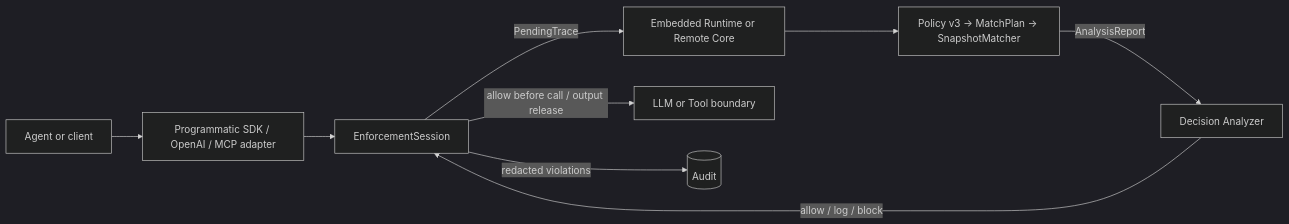
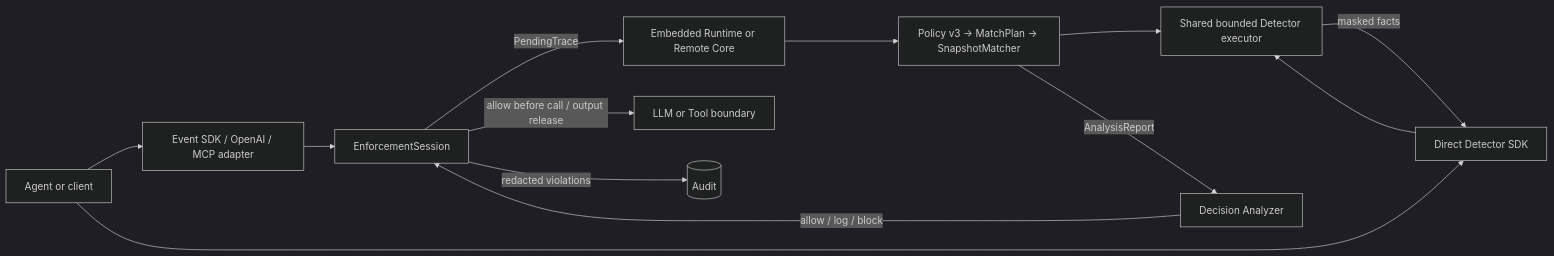
The diagram in README.md (cipeizheng/agent-guardrail), drawn with Mermaid (dark theme) before and after one commit. The commit also changed other lines of this file and 15 other files, not shown here.

Commit message:
feat: add direct detector SDK

````diff
--- a/README.md
+++ b/README.md
@@ -42,11 +43,15 @@
 ```mermaid
 flowchart LR
-    A[Agent or client] --> B[Programmatic SDK / OpenAI / MCP adapter]
+    A[Agent or client] --> B[Event SDK / OpenAI / MCP adapter]
+    A --> I[Direct Detector SDK]
     B --> C[EnforcementSession]
     C -->|PendingTrace| D[Embedded Runtime or Remote Core]
     D --> E[Policy v3 → MatchPlan → SnapshotMatcher]
+    E --> J[Shared bounded Detector executor]
+    I --> J
+    J -->|masked facts| I
     E -->|AnalysisReport| F[Decision Analyzer]
     F -->|allow / log / block| C
     C -->|allow before call / output release| G[LLM or Tool boundary]
     C -->|redacted violations| H[(Audit)]
 ```
````
